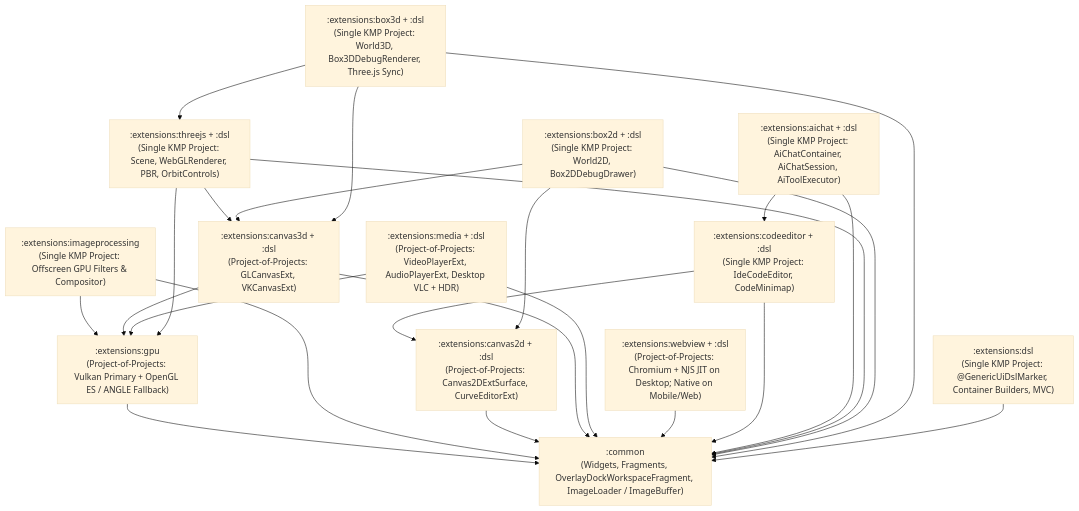
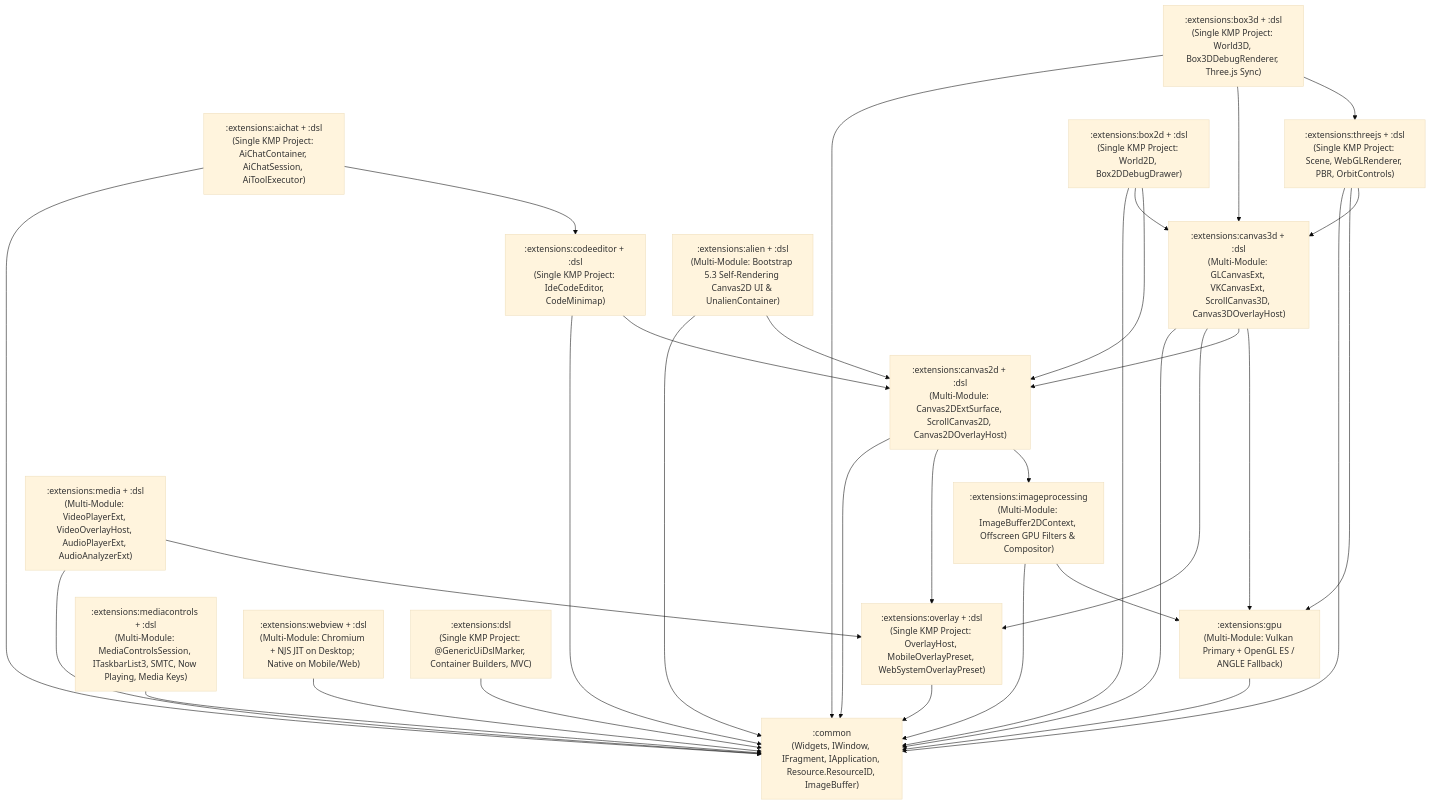
The diagram in README.md (GenericUI/Extensions), drawn with Mermaid (base theme) before and after one commit. The commit also changed other lines of this file and 316 other files, not shown here.

Commit message:
feat(extensions): add :overlay and :mediacontrols, restructure submodules to systemCommon/nativeCommon/common, and add hybrid layout DSL

````diff
--- a/README.md
+++ b/README.md
@@ -38,41 +40,52 @@
 ```mermaid
 flowchart TD
-    Common[":common<br/>(Widgets, Fragments, OverlayDockWorkspaceFragment, ImageLoader / ImageBuffer)"]
+    Common[":common<br/>(Widgets, IWindow, IFragment, IApplication, Resource.ResourceID, ImageBuffer)"]
 
-    Gpu[":extensions:gpu<br/>(Project-of-Projects: Vulkan Primary + OpenGL ES / ANGLE Fallback)"]
-    ImageProc[":extensions:imageprocessing<br/>(Single KMP Project: Offscreen GPU Filters & Compositor)"]
-    Canvas2D[":extensions:canvas2d + :dsl<br/>(Project-of-Projects: Canvas2DExtSurface, CurveEditorExt)"]
-    Canvas3D[":extensions:canvas3d + :dsl<br/>(Project-of-Projects: GLCanvasExt, VKCanvasExt)"]
-    Media[":extensions:media + :dsl<br/>(Project-of-Projects: VideoPlayerExt, AudioPlayerExt, Desktop VLC + HDR)"]
-    WebView[":extensions:webview + :dsl<br/>(Project-of-Projects: Chromium + NJS JIT on Desktop; Native on Mobile/Web)"]
+    Gpu[":extensions:gpu<br/>(Multi-Module: Vulkan Primary + OpenGL ES / ANGLE Fallback)"]
+    ImageProc[":extensions:imageprocessing<br/>(Multi-Module: ImageBuffer2DContext, Offscreen GPU Filters & Compositor)"]
+    Overlay[":extensions:overlay + :dsl<br/>(Single KMP Project: OverlayHost, MobileOverlayPreset, WebSystemOverlayPreset)"]
+    Canvas2D[":extensions:canvas2d + :dsl<br/>(Multi-Module: Canvas2DExtSurface, ScrollCanvas2D, Canvas2DOverlayHost)"]
+    Canvas3D[":extensions:canvas3d + :dsl<br/>(Multi-Module: GLCanvasExt, VKCanvasExt, ScrollCanvas3D, Canvas3DOverlayHost)"]
+    Media[":extensions:media + :dsl<br/>(Multi-Module: VideoPlayerExt, VideoOverlayHost, AudioPlayerExt, AudioAnalyzerExt)"]
+    MediaControls[":extensions:mediacontrols + :dsl<br/>(Multi-Module: MediaControlsSession, ITaskbarList3, SMTC, Now Playing, Media Keys)"]
+    WebView[":extensions:webview + :dsl<br/>(Multi-Module: Chromium + NJS JIT on Desktop; Native on Mobile/Web)"]
     CodeEditor[":extensions:codeeditor + :dsl<br/>(Single KMP Project: IdeCodeEditor, CodeMinimap)"]
     AiChat[":extensions:aichat + :dsl<br/>(Single KMP Project: AiChatContainer, AiChatSession, AiToolExecutor)"]
     ThreeJs[":extensions:threejs + :dsl<br/>(Single KMP Project: Scene, WebGLRenderer, PBR, OrbitControls)"]
     Box2D[":extensions:box2d + :dsl<br/>(Single KMP Project: World2D, Box2DDebugDrawer)"]
     Box3D[":extensions:box3d + :dsl<br/>(Single KMP Project: World3D, Box3DDebugRenderer, Three.js Sync)"]
+    Alien[":extensions:alien + :dsl<br/>(Multi-Module: Bootstrap 5.3 Self-Rendering Canvas2D UI & UnalienContainer)"]
     Dsl[":extensions:dsl<br/>(Single KMP Project: @GenericUiDslMarker, Container Builders, MVC)"]
 
     Gpu --> Common
     ImageProc --> Gpu
     ImageProc --> Common
+    Overlay --> Common
+    Canvas2D --> ImageProc
+    Canvas2D --> Overlay
     Canvas2D --> Common
     Canvas3D --> Gpu
+    Canvas3D --> Canvas2D
+    Canvas3D --> Overlay
     Canvas3D --> Common
-    Media --> Gpu
+    Media --> Overlay
     Media --> Common
+    MediaControls --> Common
     WebView --> Common
     CodeEditor --> Canvas2D
     CodeEditor --> Common
     AiChat --> CodeEditor
     AiChat --> Common
     ThreeJs --> Canvas3D
     ThreeJs --> Gpu
     ThreeJs --> Common
     Box2D --> Canvas2D
     Box2D --> Canvas3D
     Box2D --> Common
     Box3D --> ThreeJs
     Box3D --> Canvas3D
     Box3D --> Common
+    Alien --> Canvas2D
+    Alien --> Common
     Dsl --> Common
 ```
````
